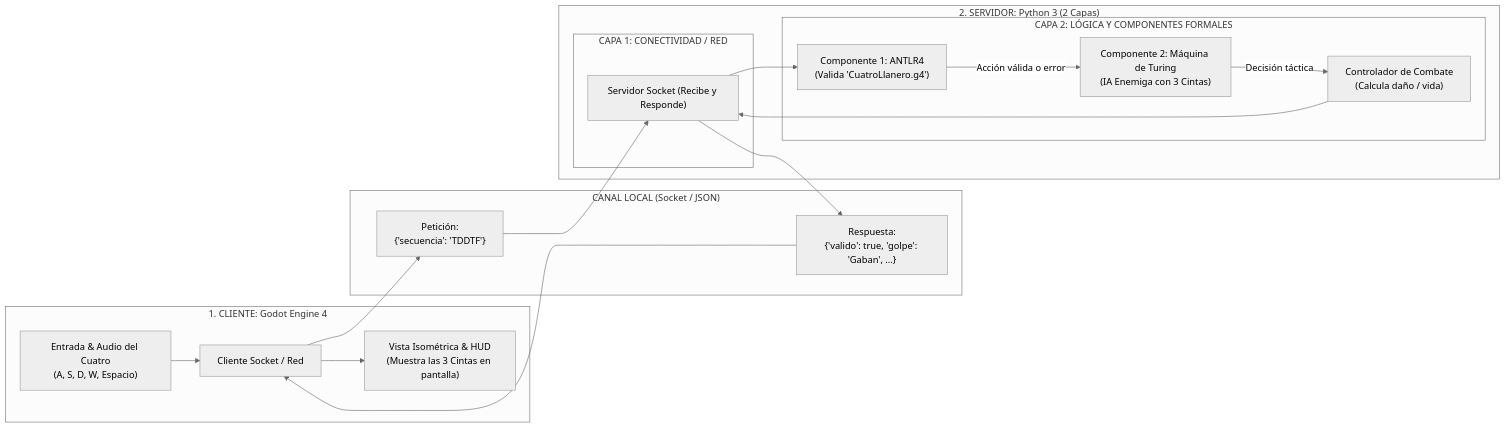
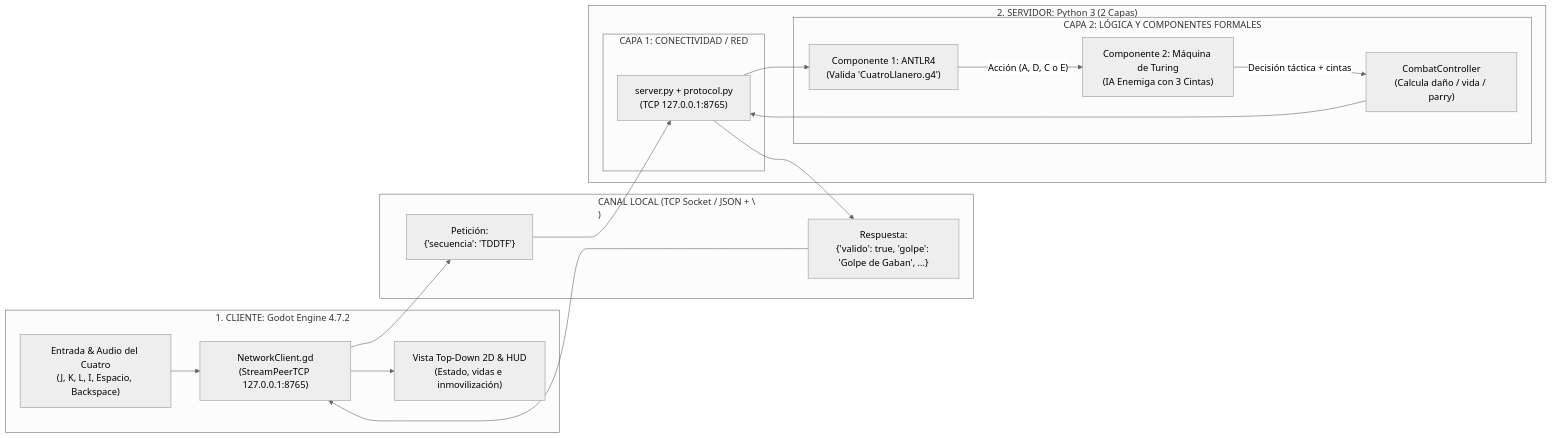
One commit to nicolaslozanoc12/juego-de-lenguajes changed the diagram in Documentacion/Documentacion_tecnica/contextoTecnico.md. Above: the diagram before and after it, drawn with Mermaid (neutral theme). The commit also changed other lines of this file and 17 other files, not shown here.

````diff
--- a/Documentacion/Documentacion_tecnica/contextoTecnico.md
+++ b/Documentacion/Documentacion_tecnica/contextoTecnico.md
@@ -11,36 +11,36 @@
 ```mermaid
 flowchart LR
-    subgraph Cliente ["1. CLIENTE: Godot Engine 4"]
-        Input["Entrada & Audio del Cuatro\n(A, S, D, W, Espacio)"]
-        UI["Vista Isométrica & HUD\n(Muestra las 3 Cintas en pantalla)"]
-        NetClient["Cliente Socket / Red"]
+    subgraph Cliente ["1. CLIENTE: Godot Engine 4.7.2"]
+        Input["Entrada & Audio del Cuatro\n(J, K, L, I, Espacio, Backspace)"]
+        UI["Vista Top-Down 2D & HUD\n(Estado, vidas e inmovilización)"]
+        NetClient["NetworkClient.gd\n(StreamPeerTCP 127.0.0.1:8765)"]
         Input --> NetClient
         NetClient --> UI
     end
 
-    subgraph Canal ["CANAL LOCAL (Socket / JSON)"]
+    subgraph Canal ["CANAL LOCAL (TCP Socket / JSON + \\n)"]
         Req["Petición:\n{'secuencia': 'TDDTF'}"]
-        Res["Respuesta:\n{'valido': true, 'golpe': 'Gaban', ...}"]
+        Res["Respuesta:\n{'valido': true, 'golpe': 'Golpe de Gaban', ...}"]
     end
 
     subgraph Servidor ["2. SERVIDOR: Python 3 (2 Capas)"]
         subgraph Capa1 ["CAPA 1: CONECTIVIDAD / RED"]
-            SocketServer["Servidor Socket (Recibe y Responde)"]
+            SocketServer["server.py + protocol.py\n(TCP 127.0.0.1:8765)"]
         end
 
         subgraph Capa2 ["CAPA 2: LÓGICA Y COMPONENTES FORMALES"]
             ANTLR["Componente 1: ANTLR4\n(Valida 'CuatroLlanero.g4')"]
             Turing["Componente 2: Máquina de Turing\n(IA Enemiga con 3 Cintas)"]
-            Combate["Controlador de Combate\n(Calcula daño / vida)"]
+            Combate["CombatController\n(Calcula daño / vida / parry)"]
 
-            ANTLR -->|"Acción válida o error"| Turing
-            Turing -->|"Decisión táctica"| Combate
+            ANTLR -->|"Acción (A, D, C o E)"| Turing
+            Turing -->|"Decisión táctica + cintas"| Combate
         end
 
         SocketServer --> ANTLR
         Combate --> SocketServer
     end
 
     NetClient --> Req --> SocketServer
     SocketServer --> Res --> NetClient
 ```
````
